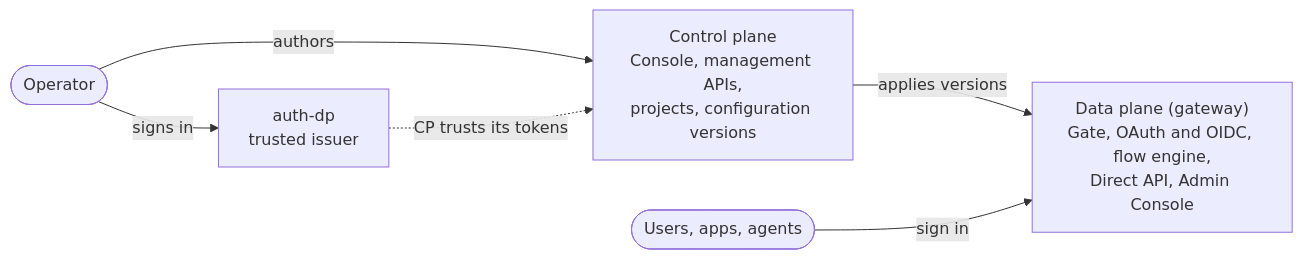
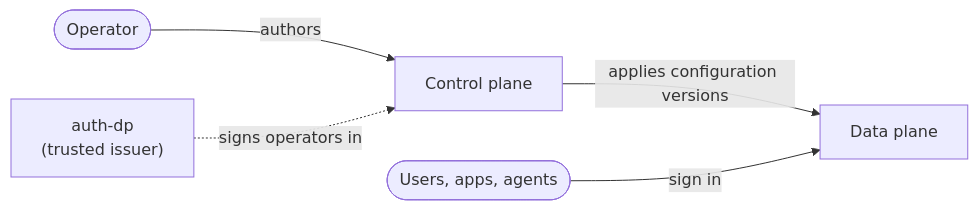
Before and after one commit to ThaminduDilshan/thunderid-crash-course: the diagram in docs/beginner/02-what-thunderid-is.mdx, drawn with Mermaid. The commit also changed 1 other file, not shown here.

Commit message:
Tidy the landing page, navbar and architecture diagram

````diff
--- a/docs/beginner/02-what-thunderid-is.mdx
+++ b/docs/beginner/02-what-thunderid-is.mdx
@@ -26,8 +26,7 @@
 ```mermaid
 flowchart LR
-  op([Operator]) -->|authors| cp["Control plane<br/>Console, management APIs,<br/>projects, configuration versions"]
-  op -->|signs in| auth["auth-dp<br/>trusted issuer"]
-  auth -. CP trusts its tokens .-> cp
-  cp -->|applies versions| dp["Data plane (gateway)<br/>Gate, OAuth and OIDC, flow engine,<br/>Direct API, Admin Console"]
+  op([Operator]) -->|authors| cp[Control plane]
+  auth["auth-dp<br/>(trusted issuer)"] -.->|signs operators in| cp
+  cp -->|applies configuration versions| dp[Data plane]
   users([Users, apps, agents]) -->|sign in| dp
 ```
````
